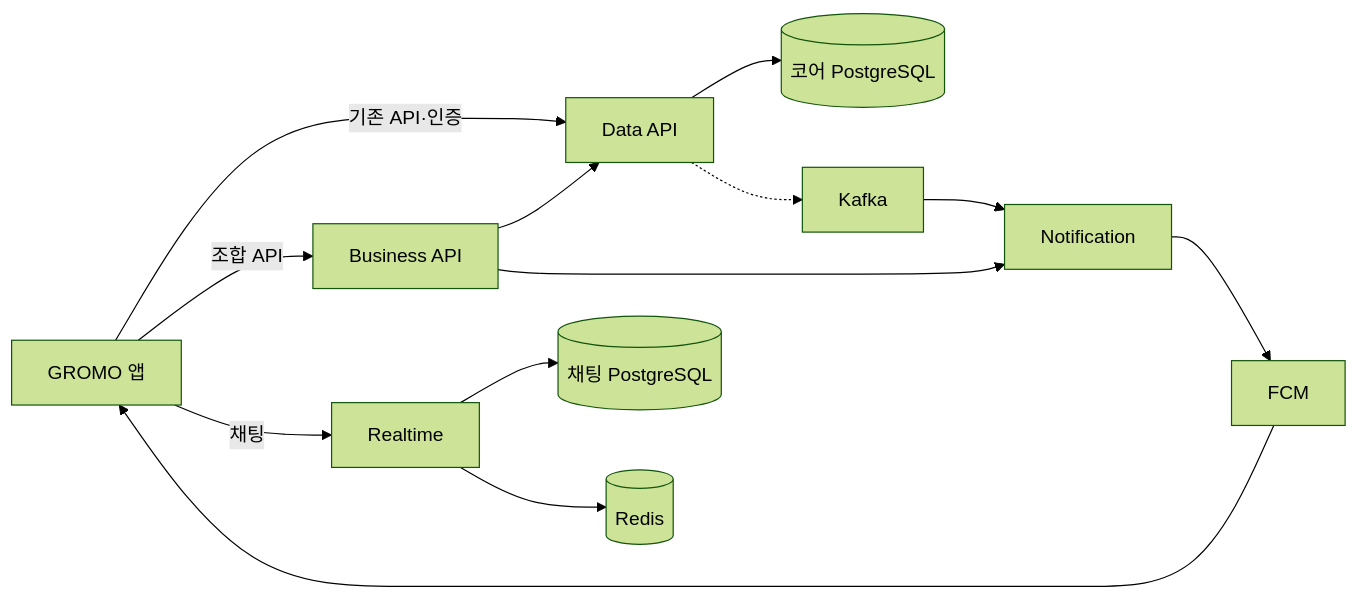
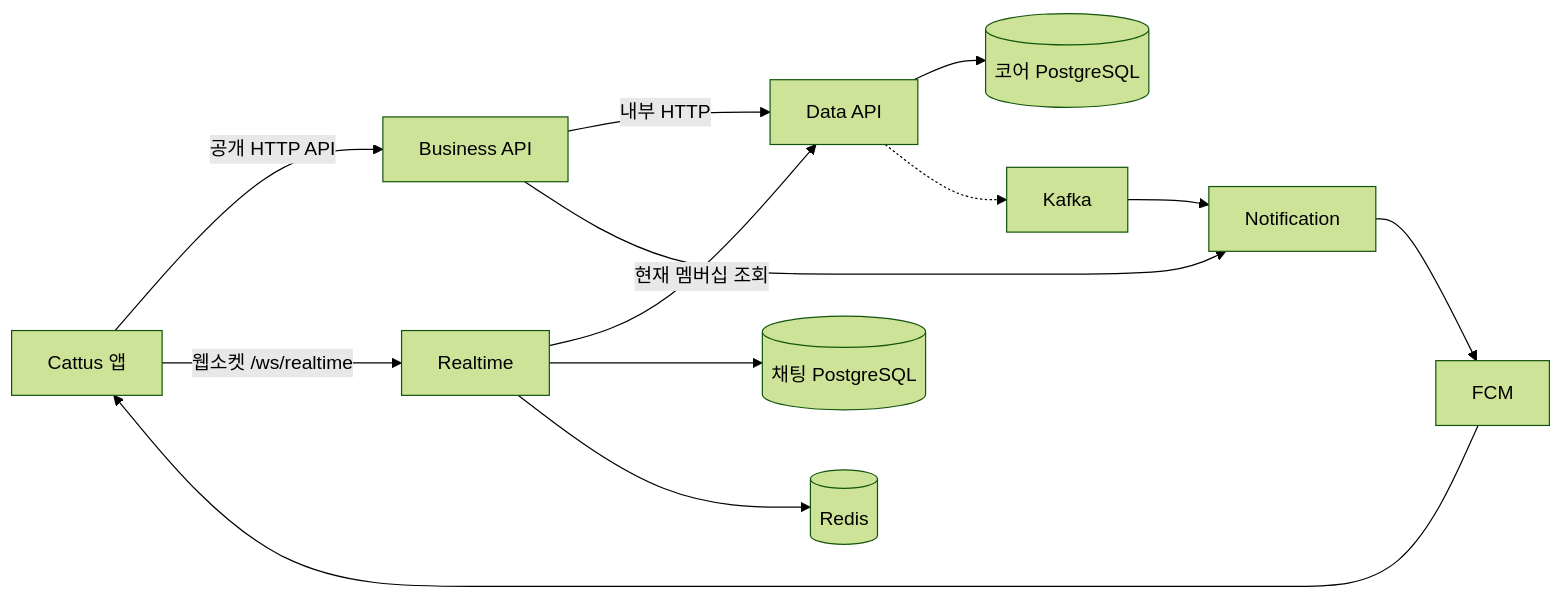
Before and after one commit to OneOrThree/phone: the diagram in README.md, drawn with Mermaid (forest theme). The commit also changed other lines of this file and 18 other files, not shown here.

````diff
--- a/README.md
+++ b/README.md
@@ -26,15 +28,15 @@
 ```mermaid
 flowchart LR
-  app["GROMO 앱"] -->|"기존 API·인증"| data["Data API"]
-  app -->|"조합 API"| business["Business API"]
-  app -->|"채팅"| realtime["Realtime"]
-  business --> data
+  app["Cattus 앱"] -->|"공개 HTTP API"| business["Business API"]
+  app -->|"웹소켓 /ws/realtime"| realtime["Realtime"]
+  business -->|"내부 HTTP"| data["Data API"]
   business --> notification["Notification"]
+  realtime -->|"현재 멤버십 조회"| data
   data --> coreDb[("코어 PostgreSQL")]
   data -.-> kafka["Kafka"]
   kafka --> notification
   realtime --> chatDb[("채팅 PostgreSQL")]
   realtime --> redis[("Redis")]
   notification --> fcm["FCM"]
   fcm --> app
 ```
````
